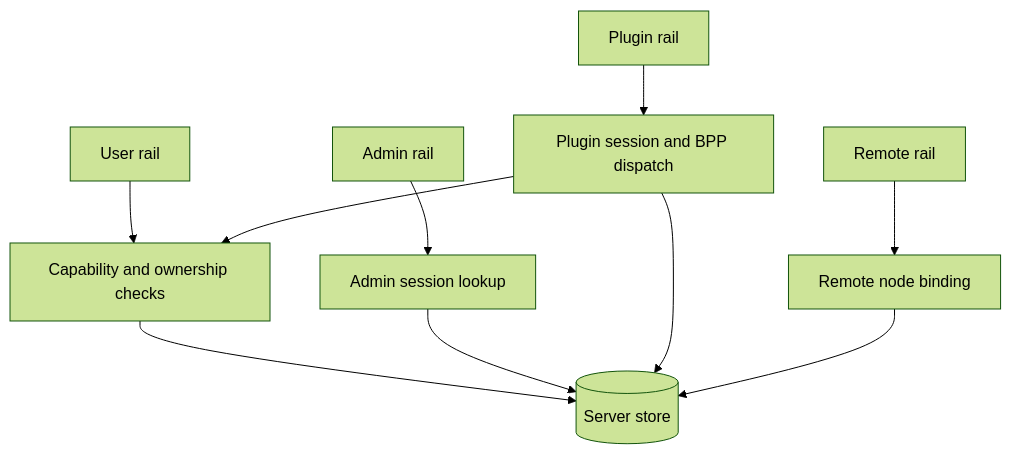
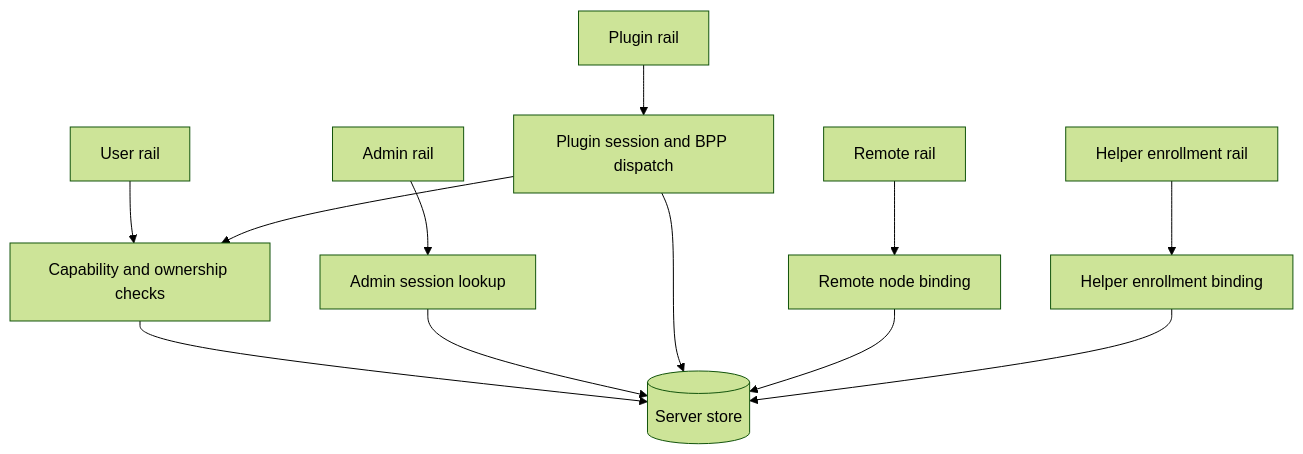
One commit to codetreker/borgee changed the diagram in docs/current/server/api-auth-admin-rails.md. Above: the diagram before and after it, drawn with Mermaid (forest theme). The commit also changed other lines of this file and 22 other files, not shown here.

Commit message:
feat(helper): add enrollment status foundation

````diff
--- a/docs/current/server/api-auth-admin-rails.md
+++ b/docs/current/server/api-auth-admin-rails.md
@@ -9,18 +9,21 @@
 ```mermaid
 flowchart TB
   user[User rail]
   admin[Admin rail]
   plugin[Plugin rail]
   remote[Remote rail]
+  helperEnroll[Helper enrollment rail]
   caps[Capability and ownership checks]
   adminSession[Admin session lookup]
   pluginState[Plugin session and BPP dispatch]
   remoteState[Remote node binding]
+  helperState[Helper enrollment binding]
   store[(Server store)]
 
   user --> caps --> store
   admin --> adminSession --> store
   plugin --> pluginState --> store
   remote --> remoteState --> store
+  helperEnroll --> helperState --> store
   pluginState --> caps
 ```
````
